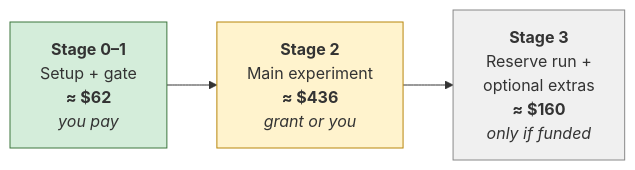
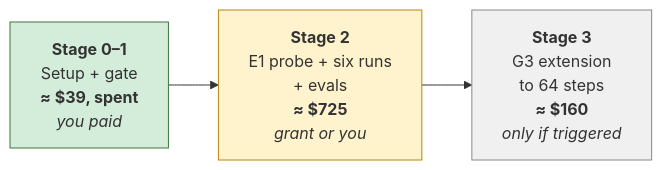
Before and after one commit to ShubsDS/reward-hacks: the second of 2 diagrams in experimental-direction/03-timeline-and-budget.md, drawn with Mermaid. The commit also changed other lines of this file, not shown here.

First line of the commit message:
Update the timeline and budget to the measured cost and six runs

````diff
--- a/experimental-direction/03-timeline-and-budget.md
+++ b/experimental-direction/03-timeline-and-budget.md
@@ -118,7 +126,7 @@
 ```mermaid
 flowchart LR
-    A["<b>Stage 0–1</b><br/>Setup + gate<br/><b>≈ $62</b><br/><i>you pay</i>"] --> B["<b>Stage 2</b><br/>Main experiment<br/><b>≈ $436</b><br/><i>grant or you</i>"] --> C["<b>Stage 3</b><br/>Reserve run +<br/>optional extras<br/><b>≈ $160</b><br/><i>only if funded</i>"]
+    A["<b>Stage 0–1</b><br/>Setup + gate<br/><b>≈ $39, spent</b><br/><i>you paid</i>"] --> B["<b>Stage 2</b><br/>E1 probe + six runs<br/>+ evals<br/><b>≈ $725</b><br/><i>grant or you</i>"] --> C["<b>Stage 3</b><br/>G3 extension<br/>to 64 steps<br/><b>≈ $160</b><br/><i>only if triggered</i>"]
     style A fill:#d4edda,stroke:#3c763d
     style B fill:#fff3cd,stroke:#b8860b
     style C fill:#f0f0f0,stroke:#888
 ```
````
